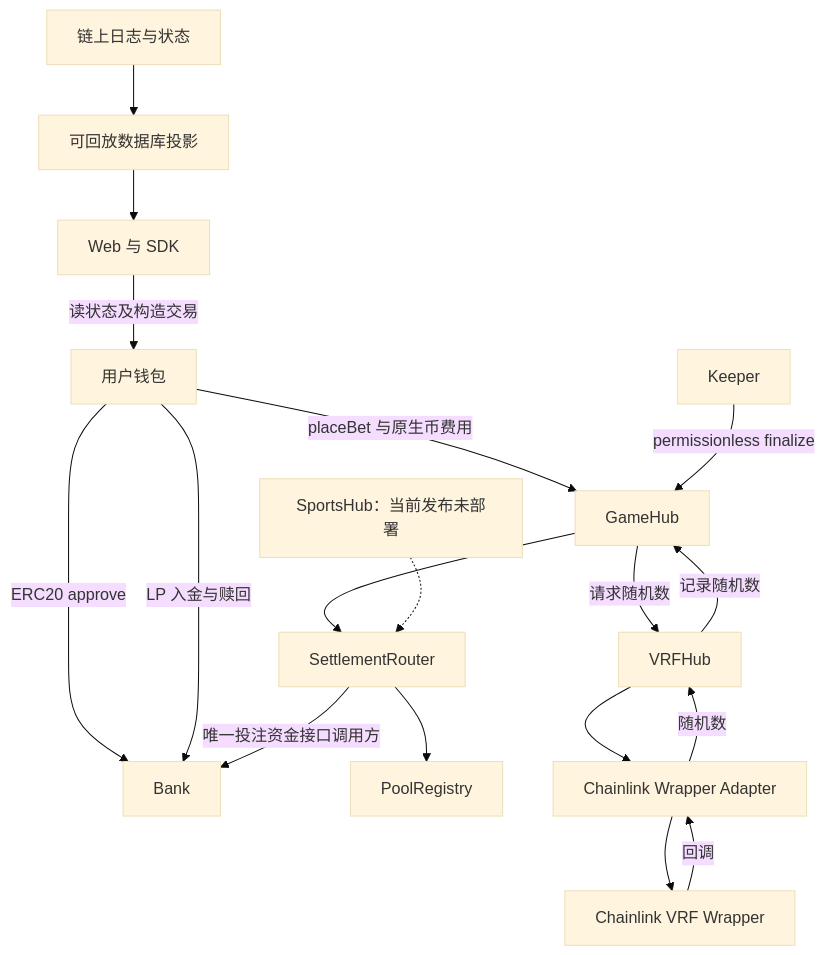
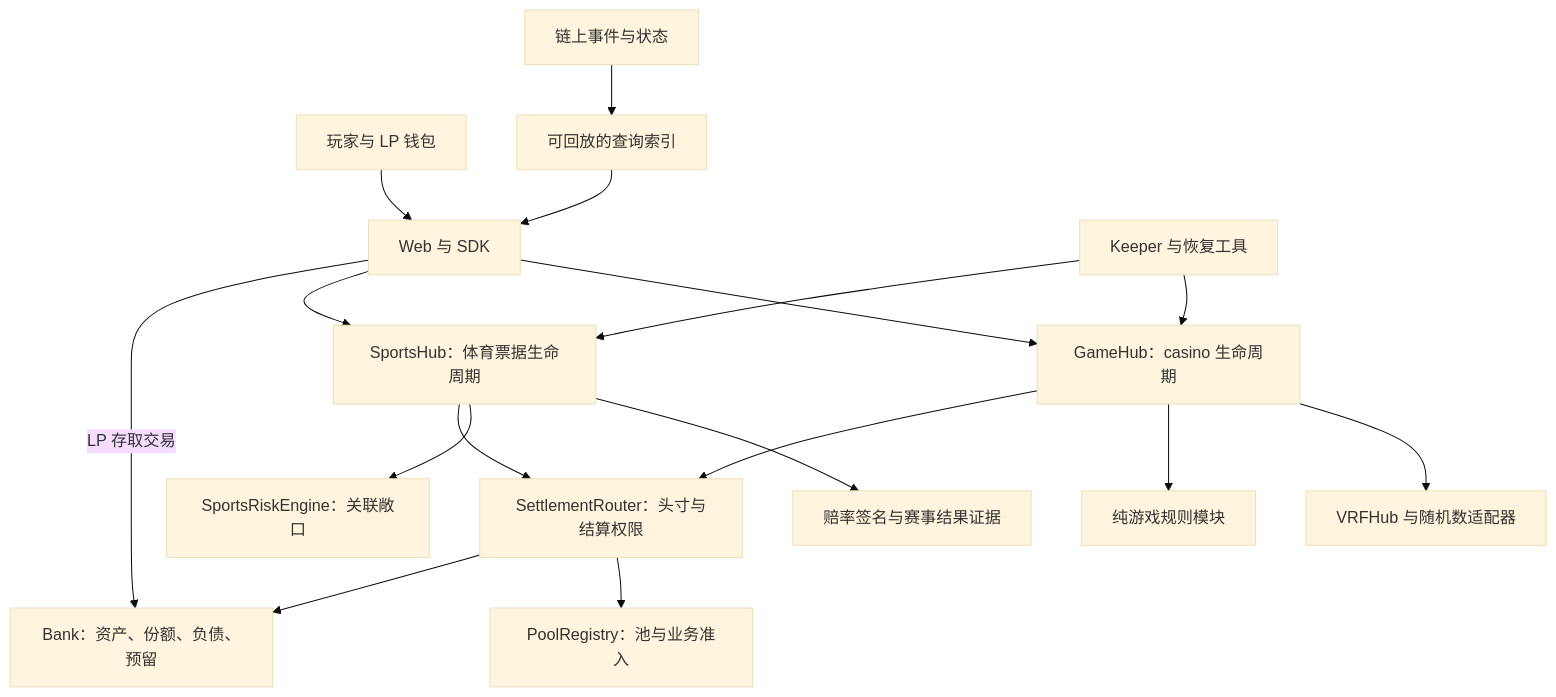
Before and after one commit to arbigamefi/ssot_BBOG: the first of 2 diagrams in docs/WHITEPAPER.zh-CN.md, drawn with Mermaid (base theme). The commit also changed other lines of this file and 6 other files, not shown here.

Commit message:
docs: restore whitepapers as project design and roadmap

````diff
--- a/docs/WHITEPAPER.zh-CN.md
+++ b/docs/WHITEPAPER.zh-CN.md
@@ -27,20 +38,19 @@
 ```mermaid
 flowchart TD
-  Wallet[用户钱包] -->|ERC20 approve| Bank
-  Wallet -->|placeBet 与原生币费用| GameHub
-  Wallet -->|LP 入金与赎回| Bank
-  Web[Web 与 SDK] -->|读状态及构造交易| Wallet
-  GameHub --> SettlementRouter
-  SportsHub[SportsHub：当前发布未部署] -.-> SettlementRouter
-  SettlementRouter --> PoolRegistry
-  SettlementRouter -->|唯一投注资金接口调用方| Bank
-  GameHub -->|请求随机数| VRFHub
-  VRFHub --> Adapter[Chainlink Wrapper Adapter]
-  Adapter --> Wrapper[Chainlink VRF Wrapper]
-  Wrapper -->|回调| Adapter
-  Adapter -->|随机数| VRFHub
-  VRFHub -->|记录随机数| GameHub
-  Keeper[Keeper] -->|permissionless finalize| GameHub
-  Chain[链上日志与状态] --> Index[可回放数据库投影]
-  Index --> Web
+  Wallet[玩家与 LP 钱包] --> App[Web 与 SDK]
+  App --> Casino[GameHub：casino 生命周期]
+  App --> Sports[SportsHub：体育票据生命周期]
+  Casino --> RNG[VRFHub 与随机数适配器]
+  Casino --> Rules[纯游戏规则模块]
+  Sports --> Evidence[赔率签名与赛事结果证据]
+  Sports --> Risk[SportsRiskEngine：关联敞口]
+  Casino --> Router[SettlementRouter：头寸与结算权限]
+  Sports --> Router
+  Router --> Registry[PoolRegistry：池与业务准入]
+  Router --> Bank[Bank：资产、份额、负债、预留]
+  App -->|LP 存取交易| Bank
+  Automation[Keeper 与恢复工具] --> Casino
+  Automation --> Sports
+  Ledger[链上事件与状态] --> Index[可回放的查询索引]
+  Index --> App
 ```
````
